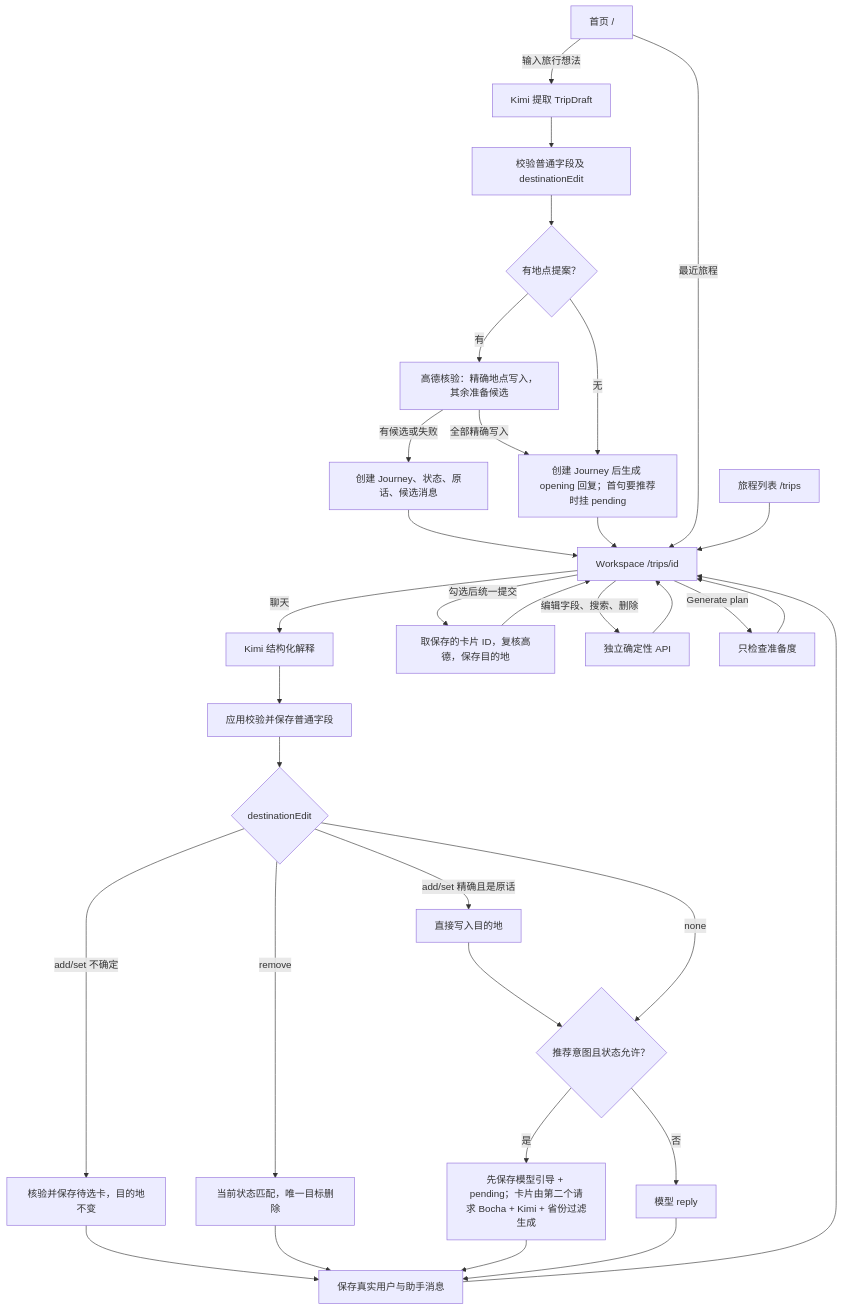
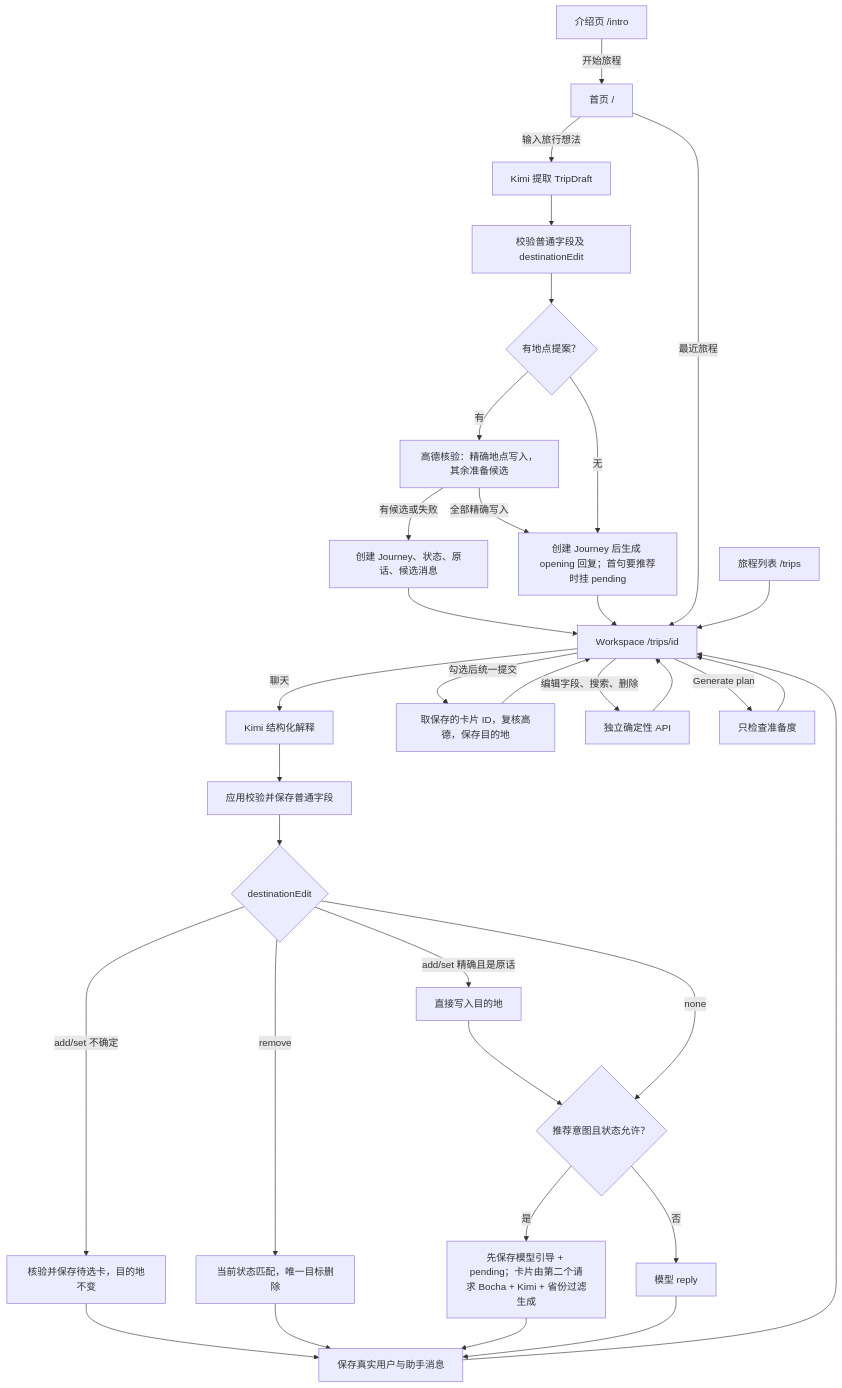
One commit to meiyulin22/Meri-Road-Trip changed the first of 3 diagrams in docs/USER_FLOW_CURRENT.md. Above: the diagram before and after it, drawn with Mermaid. The commit also changed other lines of this file and 17 other files, not shown here.

````diff
--- a/docs/USER_FLOW_CURRENT.md
+++ b/docs/USER_FLOW_CURRENT.md
@@ -7,35 +7,36 @@
 ```mermaid
 flowchart TD
-  A[首页 /] -->|输入旅行想法| B[Kimi 提取 TripDraft]
+  Intro[介绍页 /intro] -->|开始旅程| A[首页 /]
+  A -->|输入旅行想法| B[Kimi 提取 TripDraft]
   B --> C[校验普通字段及 destinationEdit]
   C --> D{有地点提案？}
   D -->|有| E[高德核验：精确地点写入，其余准备候选]
   E -->|有候选或失败| G[创建 Journey、状态、原话、候选消息]
   E -->|全部精确写入| F
   D -->|无| F[创建 Journey 后生成 opening 回复；首句要推荐时挂 pending]
   G --> W[Workspace /trips/id]
   F --> W
   A -->|最近旅程| W
   L[旅程列表 /trips] --> W
   W -->|聊天| I[Kimi 结构化解释]
   I --> J[应用校验并保存普通字段]
   J --> K{destinationEdit}
   K -->|add/set 精确且是原话| P2[直接写入目的地]
   K -->|add/set 不确定| P[核验并保存待选卡，目的地不变]
   P2 --> N
   K -->|remove| R[当前状态匹配，唯一目标删除]
   K -->|none| N{推荐意图且状态允许？}
   N -->|是| S[先保存模型引导 + pending；卡片由第二个请求 Bocha + Kimi + 省份过滤生成]
   N -->|否| T[模型 reply]
   P --> M[保存真实用户与助手消息]
   R --> M
   S --> M
   T --> M
   M --> W
   W -->|勾选后统一提交| V[取保存的卡片 ID，复核高德，保存目的地]
   W -->|编辑字段、搜索、删除| Q[独立确定性 API]
   W -->|Generate plan| H[只检查准备度]
   V --> W
   Q --> W
   H --> W
 ```
````
